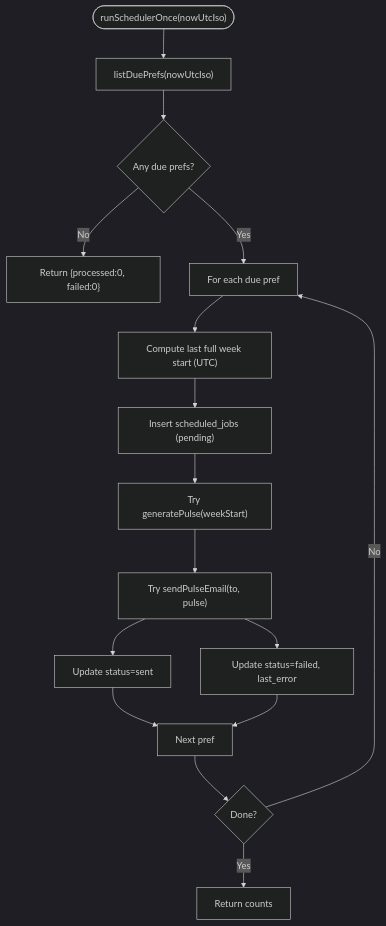
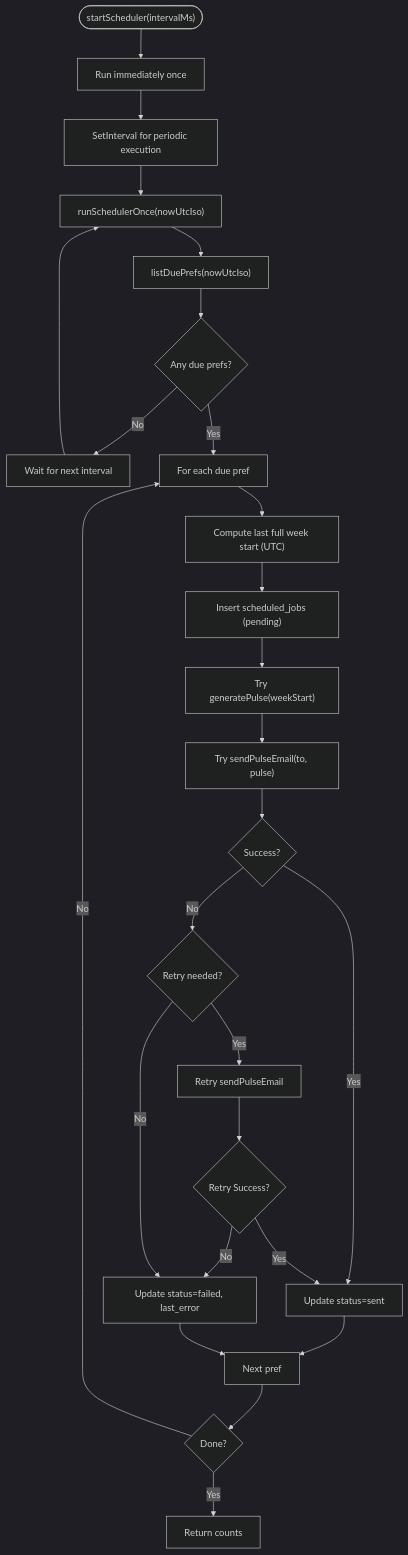
One commit to aravinthraj-ramalingam/Groww-App-Review-Insights-Analyzer- changed the third of 9 diagrams in .qoder/repowiki/en/content/Phase 2_ Advanced Analytics & Automation/Automated Job Scheduling.md. Above: the diagram before and after it, drawn with Mermaid (dark theme). The commit also changed other lines of this file and 11 other files, not shown here.

````diff
--- a/.qoder/repowiki/en/content/Phase 2_ Advanced Analytics & Automation/Automated Job Scheduling.md
+++ b/.qoder/repowiki/en/content/Phase 2_ Advanced Analytics & Automation/Automated Job Scheduling.md
@@ -206,18 +221,28 @@
 ```mermaid
 flowchart TD
-Start(["runSchedulerOnce(nowUtcIso)"]) --> Due["listDuePrefs(nowUtcIso)"]
+Start(["startScheduler(intervalMs)"]) --> Immediate["Run immediately once"]
+Immediate --> Loop["SetInterval for periodic execution"]
+Loop --> Tick["runSchedulerOnce(nowUtcIso)"]
+Tick --> Due["listDuePrefs(nowUtcIso)"]
 Due --> AnyDue{"Any due prefs?"}
-AnyDue --> |No| ReturnEmpty["Return {processed:0, failed:0}"]
-AnyDue --> |Yes| Loop["For each due pref"]
-Loop --> WeekStart["Compute last full week start (UTC)"]
+AnyDue --> |No| Wait["Wait for next interval"]
+AnyDue --> |Yes| LoopPrefs["For each due pref"]
+LoopPrefs --> WeekStart["Compute last full week start (UTC)"]
 WeekStart --> InsertJob["Insert scheduled_jobs (pending)"]
 InsertJob --> TryGen["Try generatePulse(weekStart)"]
 TryGen --> TrySend["Try sendPulseEmail(to, pulse)"]
-TrySend --> MarkSent["Update status=sent"]
-TrySend --> MarkFail["Update status=failed, last_error"]
+TrySend --> Success{"Success?"}
+Success --> |Yes| MarkSent["Update status=sent"]
+Success --> |No| CheckRetry{"Retry needed?"}
+CheckRetry --> |Yes| RetrySend["Retry sendPulseEmail"]
+RetrySend --> RetrySuccess{"Retry Success?"}
+RetrySuccess --> |Yes| MarkSent
+RetrySuccess --> |No| MarkFail["Update status=failed, last_error"]
+CheckRetry --> |No| MarkFail
 MarkSent --> Next["Next pref"]
 MarkFail --> Next
 Next --> Done{"Done?"}
-Done --> |No| Loop
+Done --> |No| LoopPrefs
 Done --> |Yes| Return["Return counts"]
+Wait --> Tick
 ```
````
